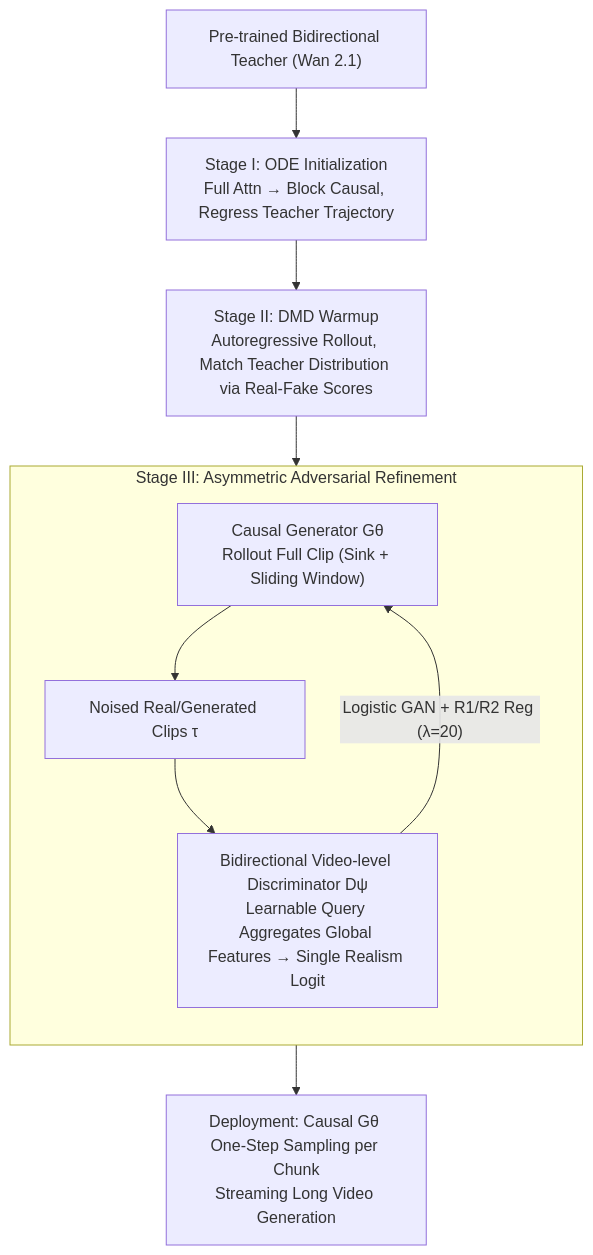
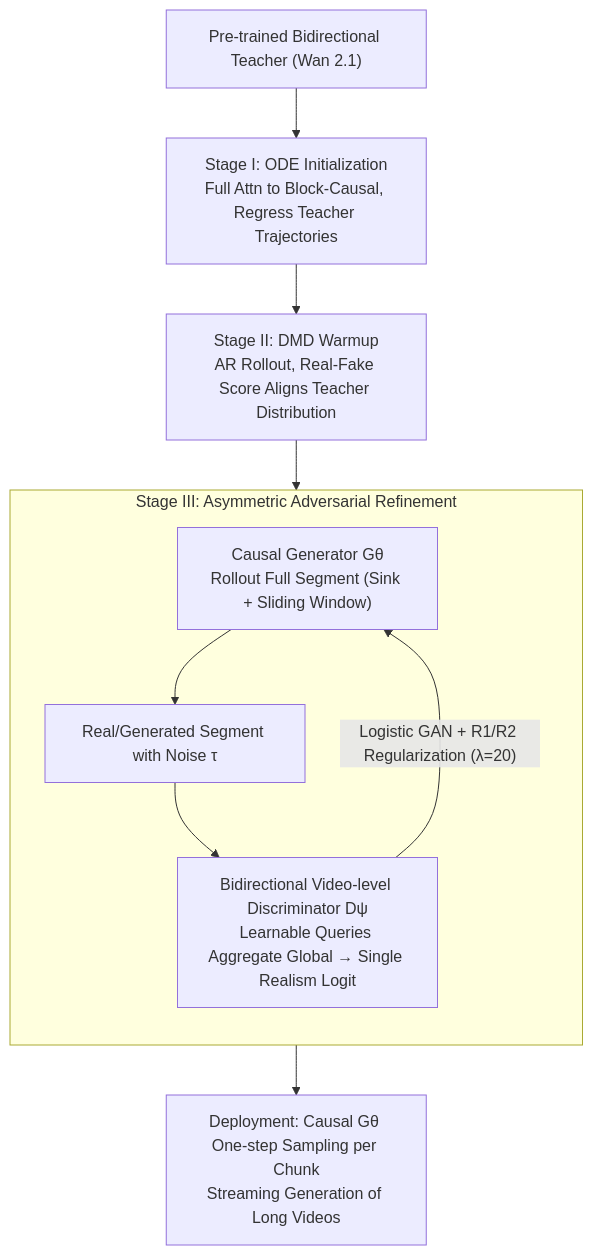
One commit to zhaoyang97/Paper-Notes-en changed the diagram in docs/ICML2026/video_generation/aad-1_asymmetric_adversarial_distillation_for_one-step_autoregressive_video_gene.md. Above: the diagram before and after it, drawn with Mermaid. The commit also changed other lines of this file and 5084 other files, not shown here.

````diff
--- a/docs/ICML2026/video_generation/aad-1_asymmetric_adversarial_distillation_for_one-step_autoregressive_video_gene.md
+++ b/docs/ICML2026/video_generation/aad-1_asymmetric_adversarial_distillation_for_one-step_autoregressive_video_gene.md
@@ -44,13 +44,13 @@
 ```mermaid
 graph TD
-    T["Pre-trained Bidirectional Teacher (Wan 2.1)"] --> S1["Stage I: ODE Initialization<br/>Full Attn → Block Causal, Regress Teacher Trajectory"]
-    S1 --> S2["Stage II: DMD Warmup<br/>Autoregressive Rollout, Match Teacher Distribution via Real-Fake Scores"]
+    T["Pre-trained Bidirectional Teacher (Wan 2.1)"] --> S1["Stage I: ODE Initialization<br/>Full Attn to Block-Causal, Regress Teacher Trajectories"]
+    S1 --> S2["Stage II: DMD Warmup<br/>AR Rollout, Real-Fake Score Aligns Teacher Distribution"]
     S2 --> S3
     subgraph ADV["Stage III: Asymmetric Adversarial Refinement"]
         direction TB
-        S3["Causal Generator Gθ<br/>Rollout Full Clip (Sink + Sliding Window)"] --> NZ["Noised Real/Generated Clips τ"]
-        NZ --> D["Bidirectional Video-level Discriminator Dψ<br/>Learnable Query Aggregates Global Features → Single Realism Logit"]
-        D -->|"Logistic GAN + R1/R2 Reg (λ=20)"| S3
+        S3["Causal Generator Gθ<br/>Rollout Full Segment (Sink + Sliding Window)"] --> NZ["Real/Generated Segment with Noise τ"]
+        NZ --> D["Bidirectional Video-level Discriminator Dψ<br/>Learnable Queries Aggregate Global → Single Realism Logit"]
+        D -->|"Logistic GAN + R1/R2 Regularization (λ=20)"| S3
     end
-    S3 --> OUT["Deployment: Causal Gθ One-Step Sampling per Chunk<br/>Streaming Long Video Generation"]
+    S3 --> OUT["Deployment: Causal Gθ One-step Sampling per Chunk<br/>Streaming Generation of Long Videos"]
 ```
````
